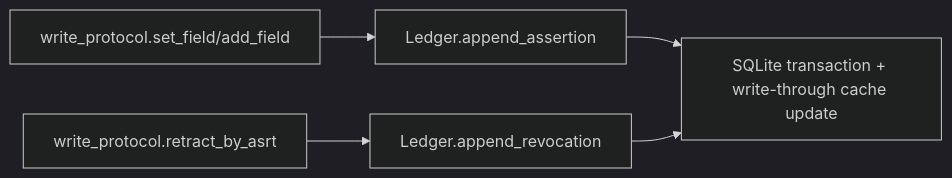
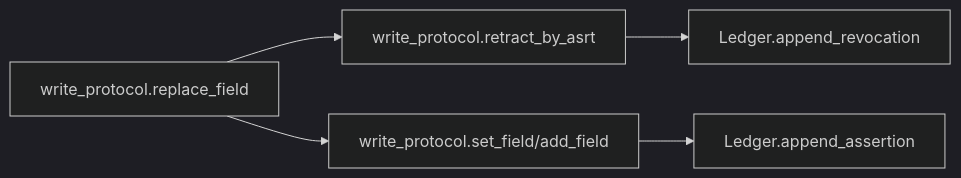
Before and after one commit to Symbolic-Intelligence-Org/factgraph: the first of 3 diagrams in src/factpy_kernel/core/docs/01_architecture.en.md, drawn with Mermaid (dark theme). The commit also changed other lines of this file and 17 other files, not shown here.

Commit message:
Update documentation and SDK schema

````diff
--- a/src/factpy_kernel/core/docs/01_architecture.en.md
+++ b/src/factpy_kernel/core/docs/01_architecture.en.md
@@ -116,7 +82,7 @@
 ```mermaid
 flowchart LR
   A["write_protocol.set_field/add_field"] --> B["Ledger.append_assertion"]
-  B --> C["SQLite transaction + write-through cache update"]
-  D["write_protocol.retract_by_asrt"] --> E["Ledger.append_revocation"]
-  E --> C
+  C["write_protocol.retract_by_asrt"] --> D["Ledger.append_revocation"]
+  E["write_protocol.replace_field"] --> C
+  E --> A
 ```
````
